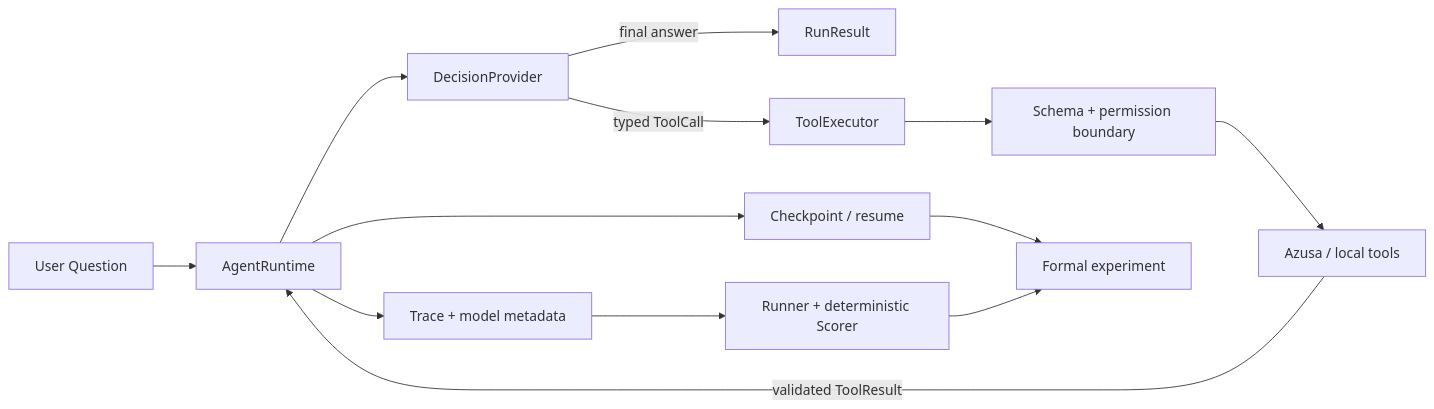
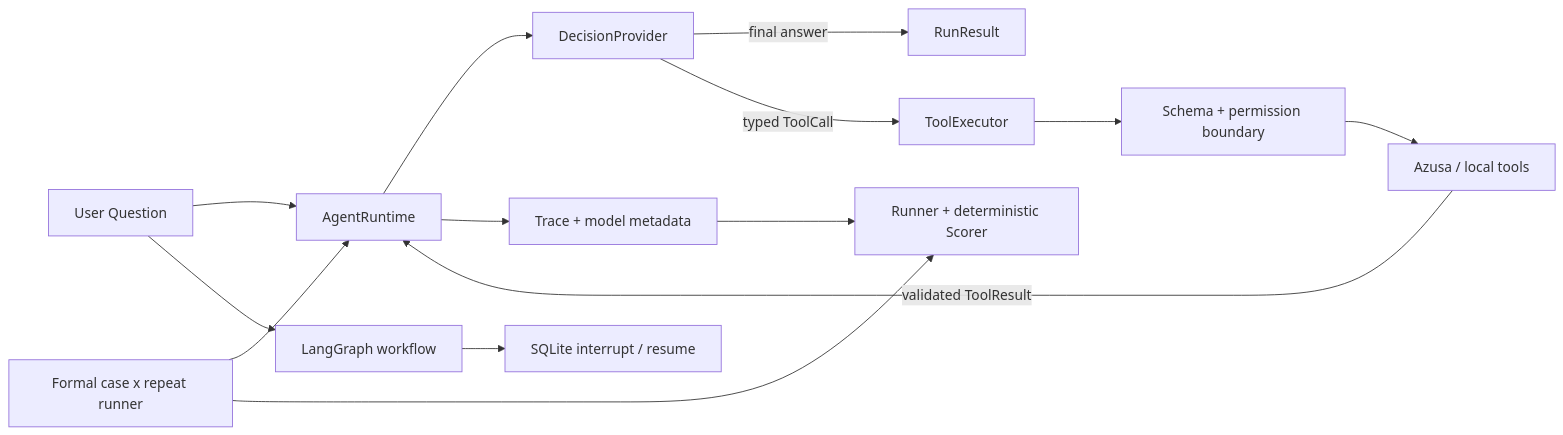
Before and after one commit to Gianna-Lynn/Kaiji: the diagram in README.md, drawn with Mermaid. The commit also changed other lines of this file and 7 other files, not shown here.

````diff
--- a/README.md
+++ b/README.md
@@ -36,15 +39,16 @@
 ```mermaid
 flowchart LR
     U[User Question] --> R[AgentRuntime]
     R --> P[DecisionProvider]
     P -->|final answer| O[RunResult]
     P -->|typed ToolCall| E[ToolExecutor]
     E --> V[Schema + permission boundary]
     V --> A[Azusa / local tools]
     A -->|validated ToolResult| R
     R --> T[Trace + model metadata]
-    R --> C[Checkpoint / resume]
+    U --> G[LangGraph workflow]
+    G --> C[SQLite interrupt / resume]
     T --> S[Runner + deterministic Scorer]
-    C --> F[Formal experiment]
-    S --> F
+    F[Formal case x repeat runner] --> R
+    F --> S
 ```
````
